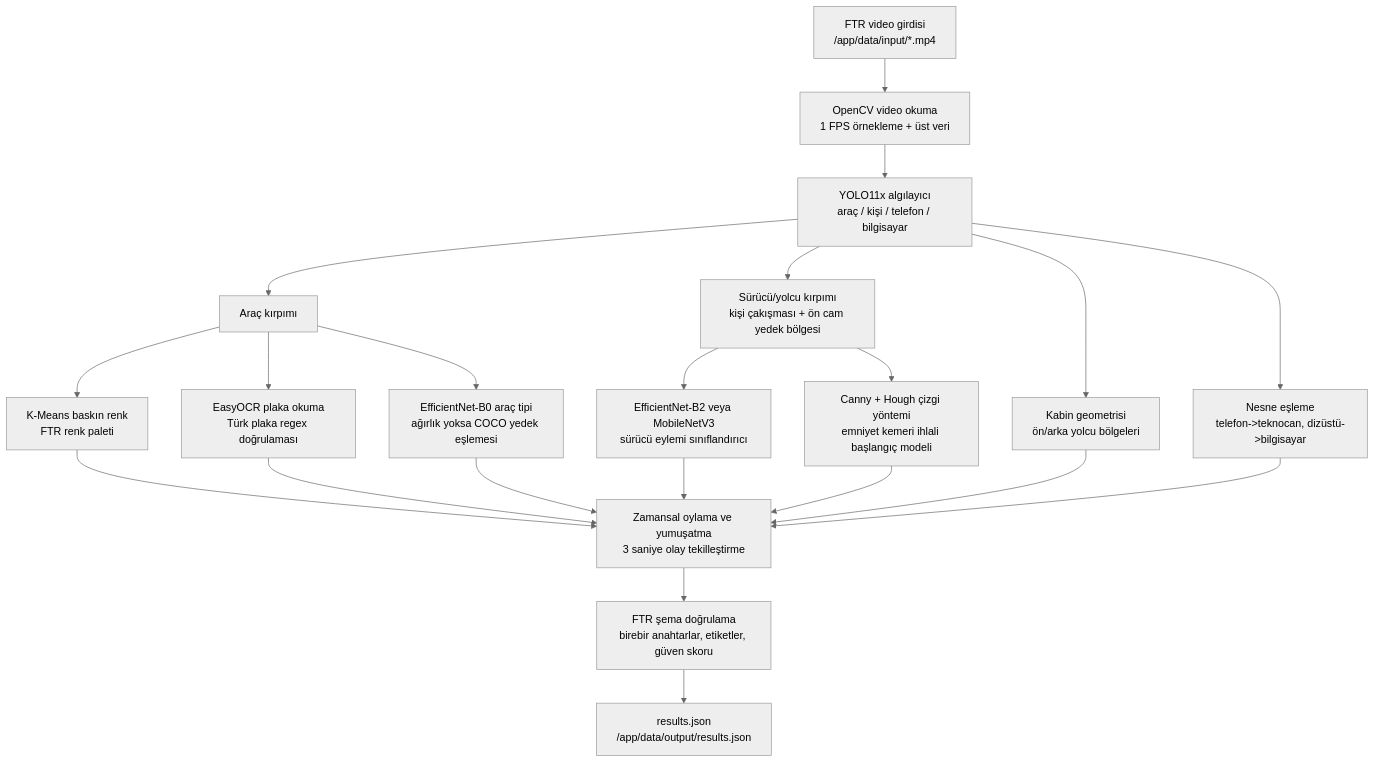
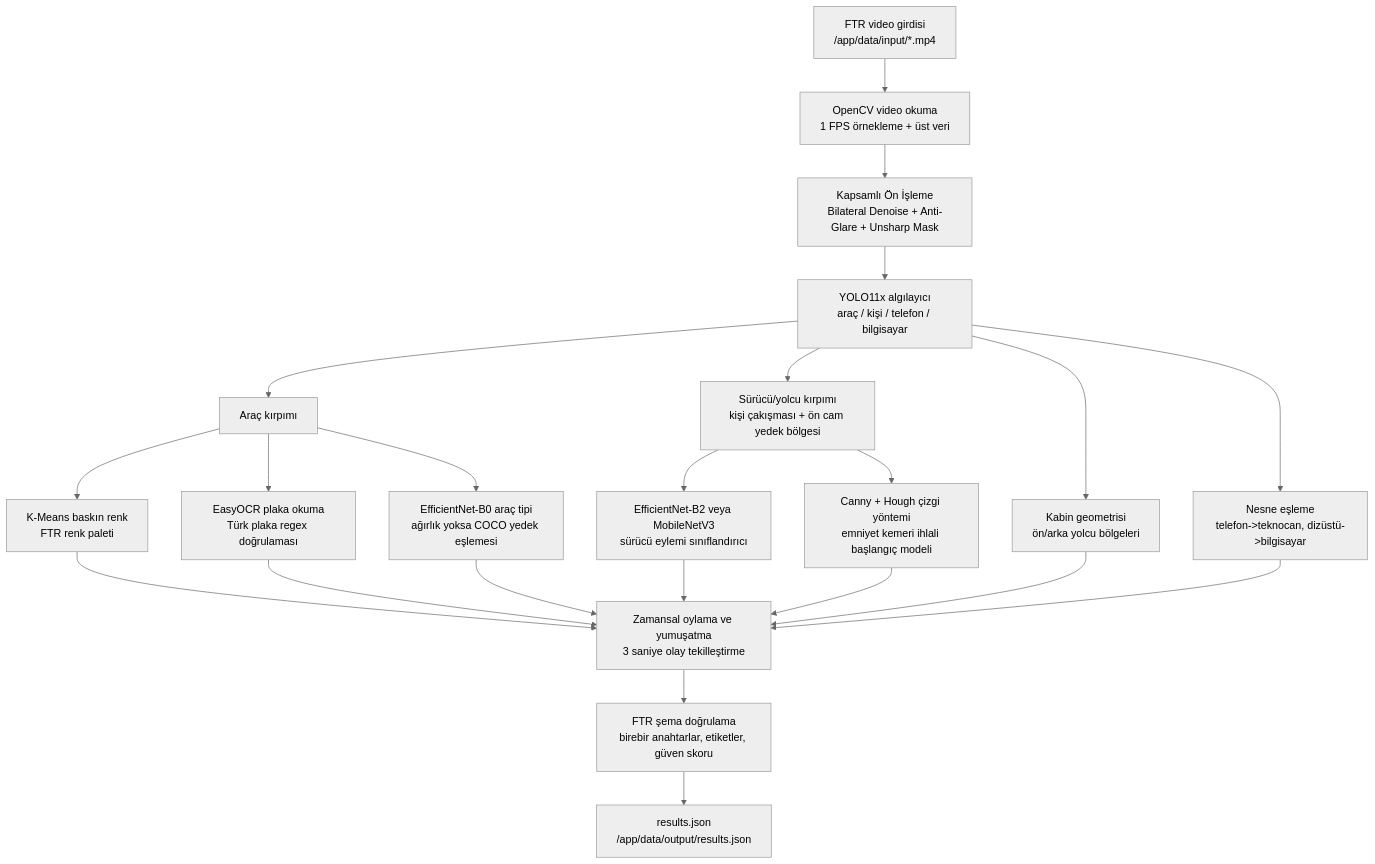
One commit to AlperKartkaya/qode changed the diagram in docs/diagrams/ktr_ai_pipeline.mmd. Above: the diagram before and after it, drawn with Mermaid (neutral theme). The commit also changed 1 other file, not shown here.

Commit message:
feat: add anti-glare filter and sharpening

```diff
--- a/docs/diagrams/ktr_ai_pipeline.mmd
+++ b/docs/diagrams/ktr_ai_pipeline.mmd
@@ -1,21 +1,22 @@
 flowchart TD
     A["FTR video girdisi\n/app/data/input/*.mp4"] --> B["OpenCV video okuma\n1 FPS örnekleme + üst veri"]
-    B --> C["YOLO11x algılayıcı\naraç / kişi / telefon / bilgisayar"]
+    B --> B1["Kapsamlı Ön İşleme\nBilateral Denoise + Anti-Glare + Unsharp Mask"]
+    B1 --> C["YOLO11x algılayıcı\naraç / kişi / telefon / bilgisayar"]
     C --> D["Araç kırpımı"]
     D --> E["K-Means baskın renk\nFTR renk paleti"]
     D --> F["EasyOCR plaka okuma\nTürk plaka regex doğrulaması"]
     D --> G["EfficientNet-B0 araç tipi\nağırlık yoksa COCO yedek eşlemesi"]
     C --> H["Sürücü/yolcu kırpımı\nkişi çakışması + ön cam yedek bölgesi"]
     H --> I["EfficientNet-B2 veya MobileNetV3\nsürücü eylemi sınıflandırıcı"]
     H --> J["Canny + Hough çizgi yöntemi\nemniyet kemeri ihlali başlangıç modeli"]
     C --> K["Kabin geometrisi\nön/arka yolcu bölgeleri"]
     C --> L["Nesne eşleme\ntelefon->teknocan, dizüstü->bilgisayar"]
     E --> M["Zamansal oylama ve yumuşatma\n3 saniye olay tekilleştirme"]
     F --> M
     G --> M
     I --> M
     J --> M
     K --> M
     L --> M
     M --> N["FTR şema doğrulama\nbirebir anahtarlar, etiketler, güven skoru"]
     N --> O["results.json\n/app/data/output/results.json"]
```
